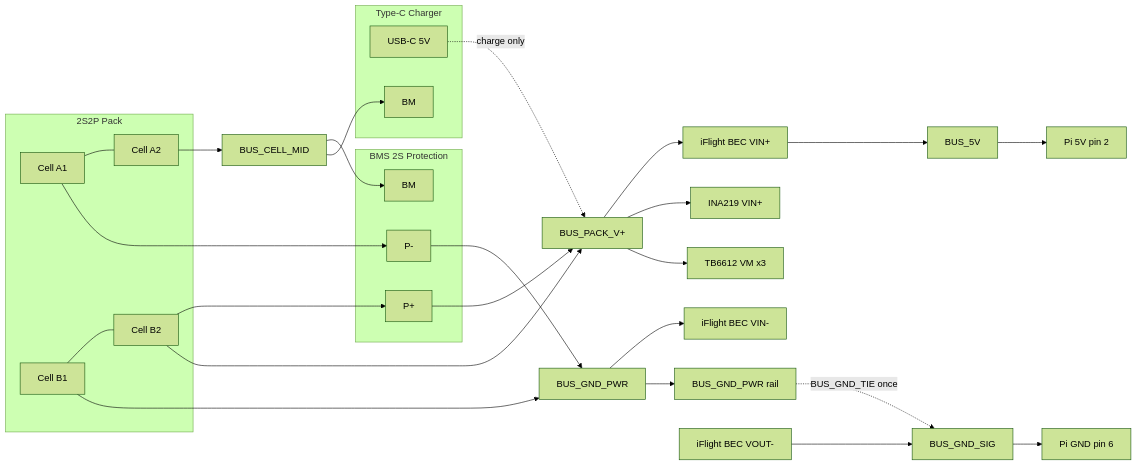
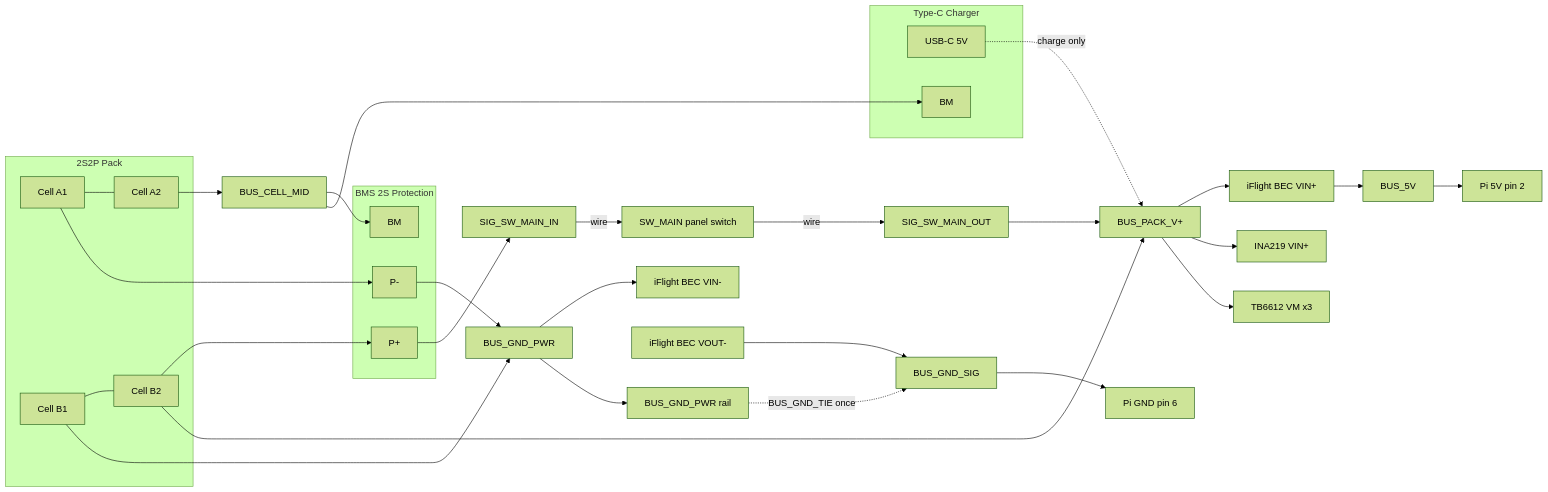
One commit to Aspience/fpv-rover changed the fourth of 9 diagrams in SCHEMA.md. Above: the diagram before and after it, drawn with Mermaid (forest theme). The commit also changed other lines of this file, not shown here.

````diff
--- a/SCHEMA.md
+++ b/SCHEMA.md
@@ -197,50 +203,55 @@
 ```mermaid
 flowchart LR
   subgraph cells [2S2P Pack]
     S1A[Cell A1]
     S1B[Cell A2]
     S2A[Cell B1]
     S2B[Cell B2]
   end
 
   subgraph bmsBlock [BMS 2S Protection]
     BMS_BM[BM]
     BMS_PP[P+]
     BMS_PN[P-]
   end
 
   subgraph chgBlock [Type-C Charger]
     CHG_USB[USB-C 5V]
     CHG_BM[BM]
   end
 
+  SW_MAIN[SW_MAIN panel switch]
+
   PACKP[BUS_PACK_V+]
   PACKN[BUS_GND_PWR]
   MID[BUS_CELL_MID]
   SIGGND[BUS_GND_SIG]
 
   S1A --- S1B
   S2A --- S2B
   S1A --> BMS_PN
   S1B --> MID
   S2B --> BMS_PP
   S2A --> PACKN
   S2B --> PACKP
-  BMS_PP --> PACKP
+  BMS_PP --> SW_IN[SIG_SW_MAIN_IN]
+  SW_IN -->|wire| SW_MAIN
+  SW_MAIN -->|wire| SW_OUT[SIG_SW_MAIN_OUT]
+  SW_OUT --> PACKP
   BMS_PN --> PACKN
   MID --> BMS_BM
   MID --> CHG_BM
   CHG_USB -.->|charge only| PACKP
 
   PACKP --> BEC_IN[iFlight BEC VIN+]
   PACKP --> INA_VIN[INA219 VIN+]
   PACKP --> DRV_VM[TB6612 VM x3]
   PACKN --> BEC_VINM[iFlight BEC VIN-]
   PACKN --> GND_PWR[BUS_GND_PWR rail]
 
   BEC_IN --> BEC_OUT[BUS_5V]
   BEC_OUT --> PI_5V[Pi 5V pin 2]
   BEC_VOUTM[iFlight BEC VOUT-] --> SIGGND
   SIGGND --> PI_GND[Pi GND pin 6]
   GND_PWR -.->|BUS_GND_TIE once| SIGGND
 ```
````
